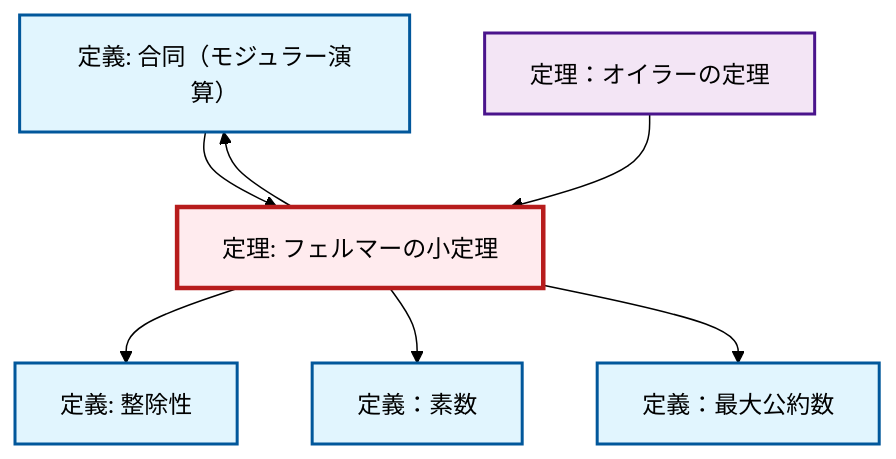
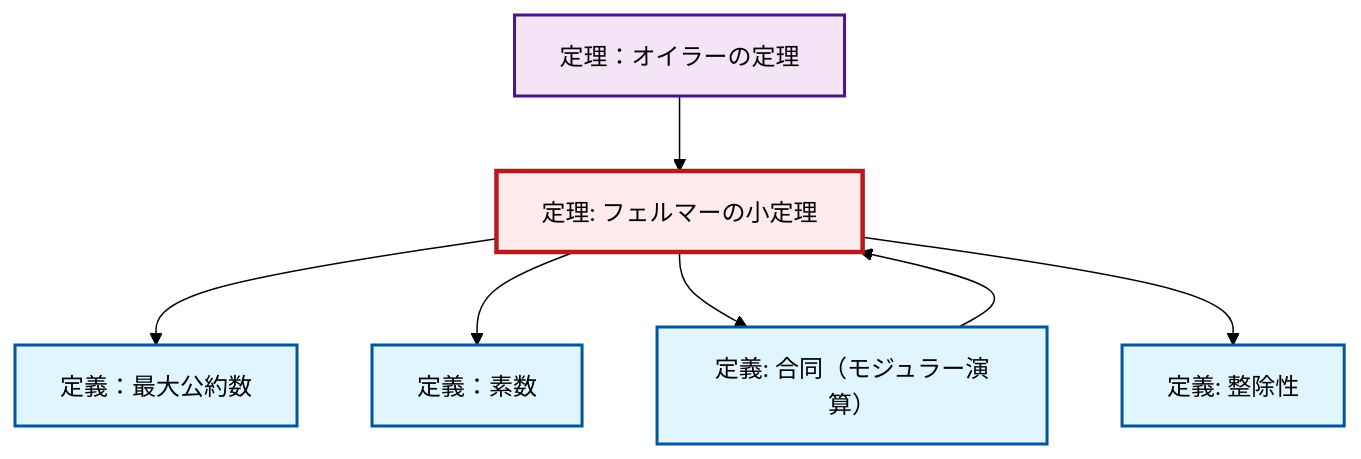
One commit to RK0429/ModernMath changed the diagram in content/ja/number-theory/thm-fermat-little.qmd. Above: the diagram before and after it, drawn with Mermaid (forest theme). The commit also changed 672 other files, not shown here.

````diff
--- a/content/ja/number-theory/thm-fermat-little.qmd
+++ b/content/ja/number-theory/thm-fermat-little.qmd
@@ -91,27 +91,27 @@
 ```{mermaid}
-%%| fig-cap: "Local dependency graph"
+%%| fig-cap: "ローカル依存関係グラフ"
 graph TD
     classDef definition fill:#e1f5fe,stroke:#01579b,stroke-width:2px
     classDef theorem fill:#f3e5f5,stroke:#4a148c,stroke-width:2px
     classDef axiom fill:#fff3e0,stroke:#e65100,stroke-width:2px
     classDef example fill:#e8f5e9,stroke:#1b5e20,stroke-width:2px
     classDef current fill:#ffebee,stroke:#b71c1c,stroke-width:3px
+    thm-fermat-little["定理: フェルマーの小定理"]:::theorem
+    thm-euler["定理：オイラーの定理"]:::theorem
+    def-congruence["定義: 合同（モジュラー演算）"]:::definition
+    def-prime["定義：素数"]:::definition
     def-gcd["定義：最大公約数"]:::definition
-    def-congruence["定義: 合同（モジュラー演算）"]:::definition
-    thm-euler["定理：オイラーの定理"]:::theorem
     def-divisibility["定義: 整除性"]:::definition
-    thm-fermat-little["定理: フェルマーの小定理"]:::theorem
-    def-prime["定義：素数"]:::definition
+    thm-fermat-little --> def-gcd
+    thm-fermat-little --> def-prime
+    def-congruence --> thm-fermat-little
+    thm-fermat-little --> def-congruence
     thm-fermat-little --> def-divisibility
-    thm-fermat-little --> def-prime
-    thm-fermat-little --> def-gcd
-    def-congruence --> thm-fermat-little
     thm-euler --> thm-fermat-little
-    thm-fermat-little --> def-congruence
     class thm-fermat-little current
+    click thm-euler "thm-euler.html" "定理：オイラーの定理へ"
+    click def-congruence "def-congruence.html" "合同（モジュラー演算）の定義へ"
+    click def-prime "def-prime.html" "定義：素数へ"
     click def-gcd "def-gcd.html" "定義：最大公約数へ"
-    click def-congruence "def-congruence.html" "合同（モジュラー演算）の定義へ"
-    click thm-euler "thm-euler.html" "定理：オイラーの定理へ"
     click def-divisibility "def-divisibility.html" "整除性の定義へ"
-    click def-prime "def-prime.html" "定義：素数へ"
 ```
````
